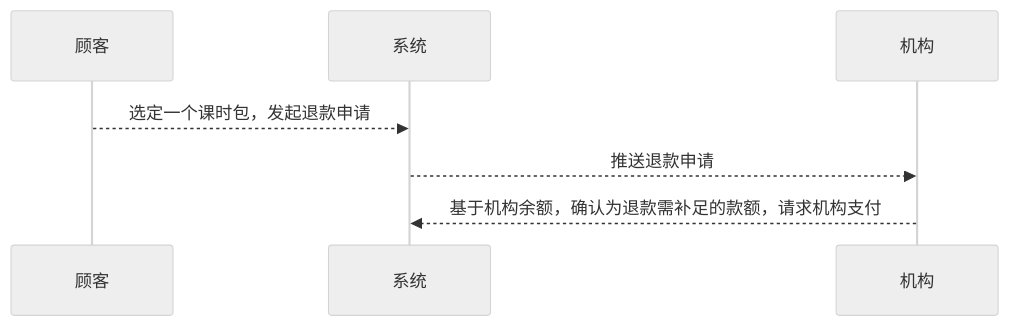
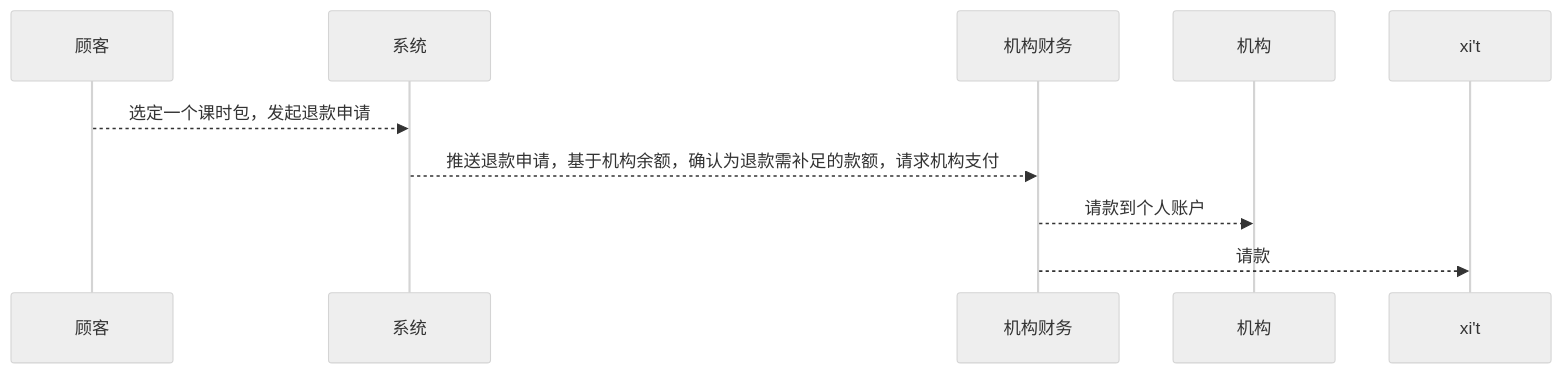
One commit to world-wide-web/sign changed the diagram in 模块/课时包/用例/退课时包.md. Above: the diagram before and after it, drawn with Mermaid (neutral theme). The commit also changed other lines of this file, not shown here.

Commit message:
模块/课时包/用例/退课时包.md updated from https://stackedit.io/

````diff
--- a/模块/课时包/用例/退课时包.md
+++ b/模块/课时包/用例/退课时包.md
@@ -10,9 +10,11 @@
 	```mermaid
 	sequenceDiagram
 
 	顾客-->>系统: 选定一个课时包，发起退款申请
 
-	系统-->>机构: 推送退款申请
+	系统-->>机构财务: 推送退款申请，基于机构余额，确认为退款需补足的款额，请求机构支付
 
-	机构-->>系统: 基于机构余额，确认为退款需补足的款额，请求机构支付
+	机构财务-->>机构: 请款到个人账户
+	
+	机构财务-->>xi't: 请款
 	```
````
